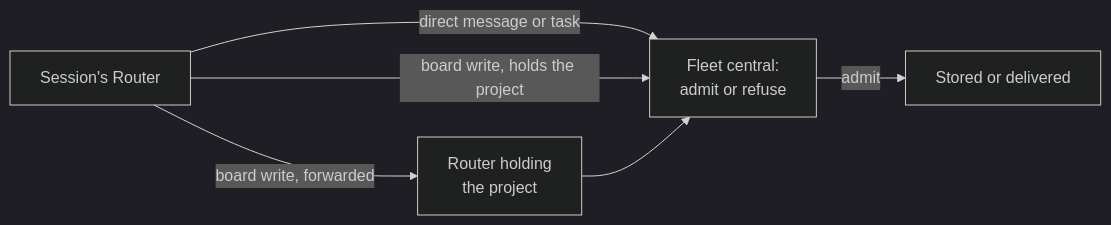
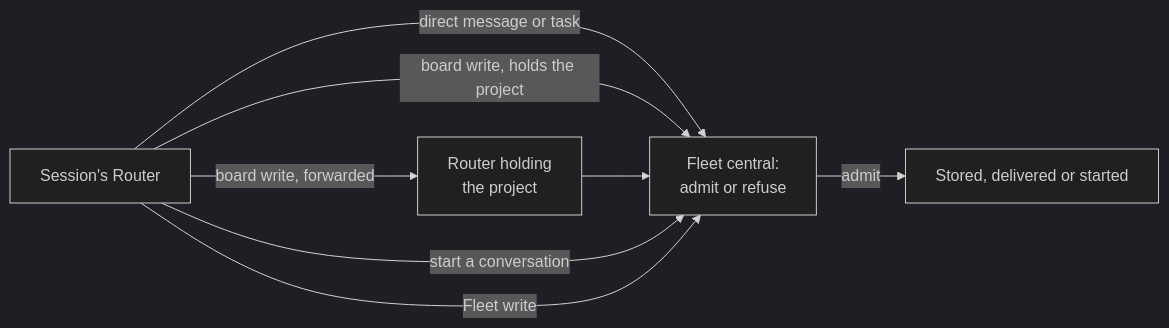
Before and after one commit to ShravanSunder/agent-vm: diagram 12 of 12 in docs/specs/2026-10-24-agent-identity/alternatives.md, drawn with Mermaid (dark theme). The commit also changed other lines of this file and 5 other files, not shown here.

````diff
--- a/docs/specs/2026-10-24-agent-identity/alternatives.md
+++ b/docs/specs/2026-10-24-agent-identity/alternatives.md
@@ -372,7 +374,9 @@
 ```mermaid
 flowchart LR
   S["Session's Router"] -- "direct message or task" --> A["Fleet central:<br/>admit or refuse"]
   S -- "board write, holds the project" --> A
   S -- "board write, forwarded" --> H["Router holding<br/>the project"] --> A
-  A -- "admit" --> E["Stored or delivered"]
+  S -- "start a conversation" --> A
+  S -- "Fleet write" --> A
+  A -- "admit" --> E["Stored, delivered or started"]
 ```
````
